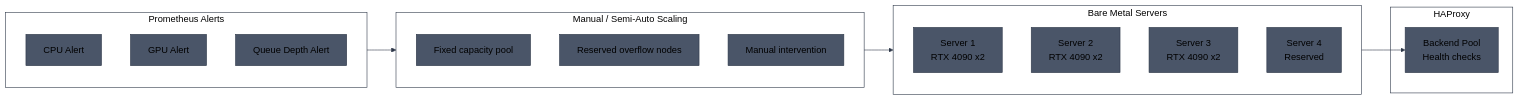
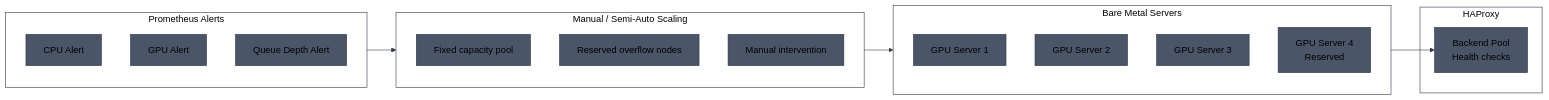
Before and after one commit to aldea-ai/infrastructure-docs: the seventh of 10 diagrams in diagrams/multi-cloud-gpu-architecture.md, drawn with Mermaid. The commit also changed other lines of this file, not shown here.

Commit message:
Remove specific GPU model names from diagrams

````diff
--- a/diagrams/multi-cloud-gpu-architecture.md
+++ b/diagrams/multi-cloud-gpu-architecture.md
@@ -318,31 +318,31 @@
 ```mermaid
 %%{init: {'theme': 'base', 'themeVariables': { 'primaryColor': '#4a5568', 'primaryTextColor': '#000', 'primaryBorderColor': '#2d3748', 'lineColor': '#2d3748', 'clusterBkg': 'transparent', 'clusterBorder': '#2d3748', 'titleColor': '#000'}}}%%
 flowchart LR
     subgraph Triggers["Prometheus Alerts"]
         ALERT_CPU[CPU Alert]
         ALERT_GPU[GPU Alert]
         ALERT_QUEUE[Queue Depth Alert]
     end
 
     subgraph Scaling["Manual / Semi-Auto Scaling"]
         direction TB
         FIXED[Fixed capacity pool]
         RESERVE[Reserved overflow nodes]
         MANUAL[Manual intervention]
     end
 
     subgraph Servers["Bare Metal Servers"]
-        S1[Server 1<br/>RTX 4090 x2]
-        S2[Server 2<br/>RTX 4090 x2]
-        S3[Server 3<br/>RTX 4090 x2]
-        S4[Server 4<br/>Reserved]
+        S1[GPU Server 1]
+        S2[GPU Server 2]
+        S3[GPU Server 3]
+        S4[GPU Server 4<br/>Reserved]
     end
 
     subgraph LB["HAProxy"]
         BE[Backend Pool<br/>Health checks]
     end
 
     Triggers --> Scaling
     Scaling --> Servers
     Servers --> BE
 ```
````
